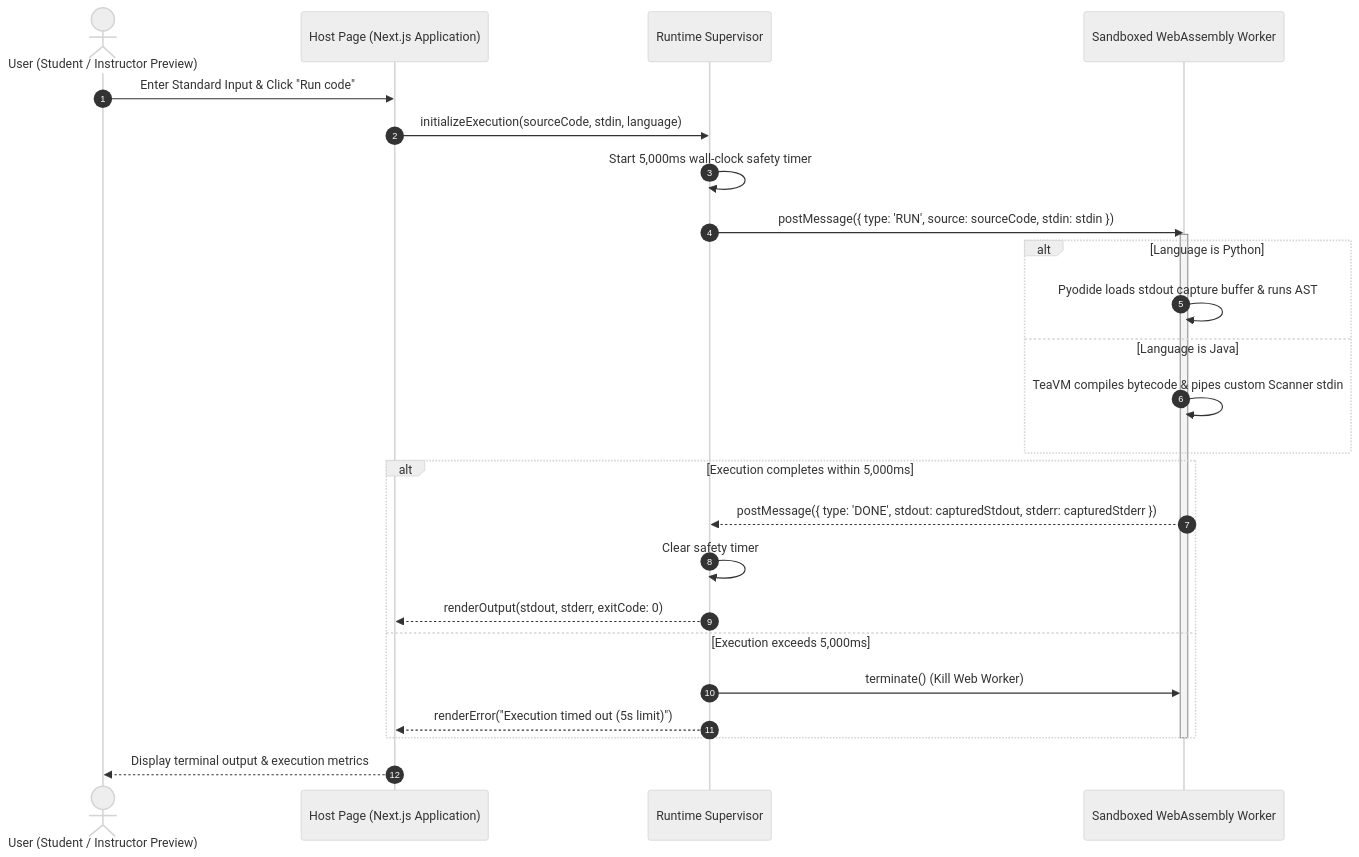
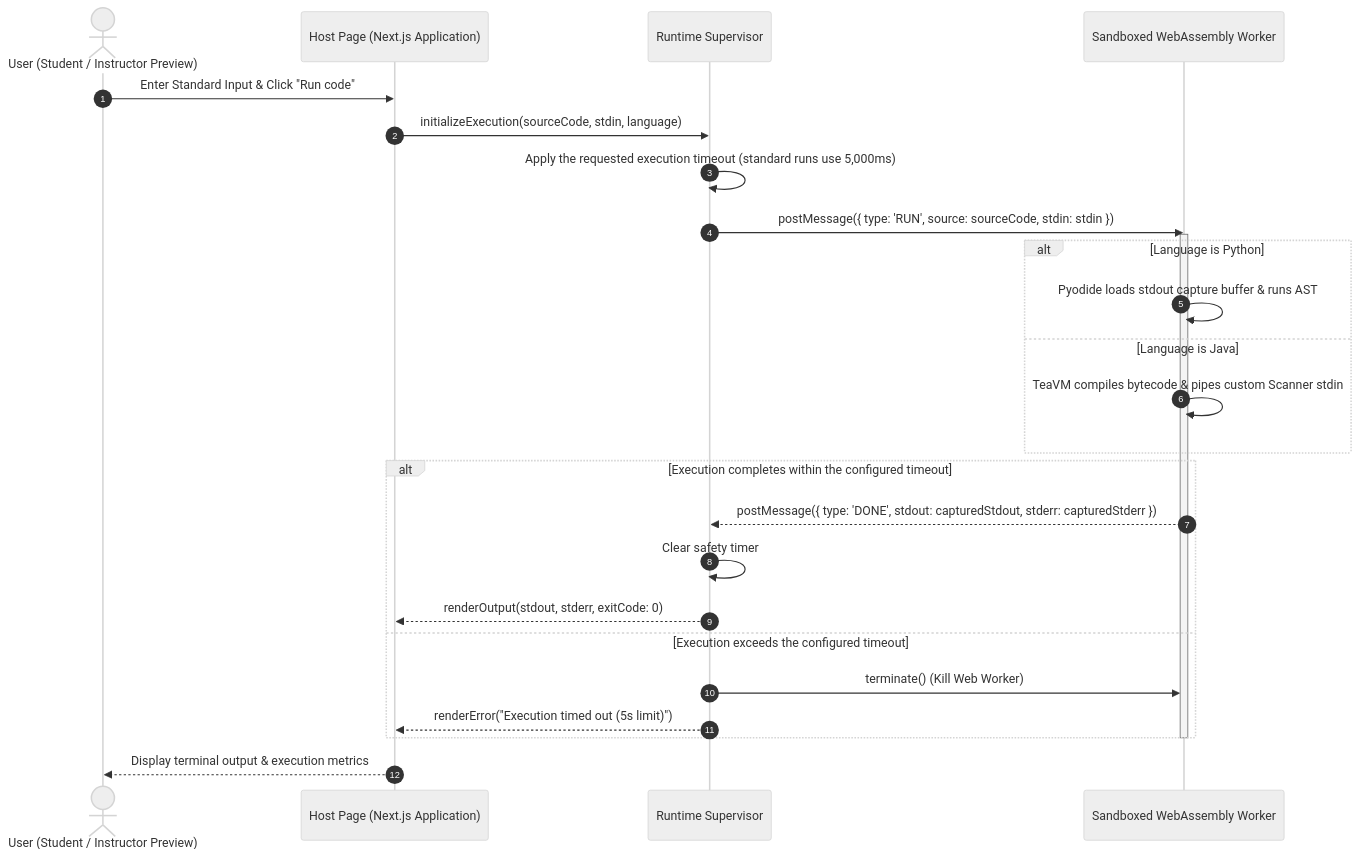
Before and after one commit to CS3227-2610-MP4-CodeLeet/CS3227-2610-MP4: the third of 7 diagrams in docs/DeveloperGuide.md, drawn with Mermaid (neutral theme). The commit also changed other lines of this file and 3 other files, not shown here.

````diff
--- a/docs/DeveloperGuide.md
+++ b/docs/DeveloperGuide.md
@@ -177,32 +168,32 @@
 ```mermaid
 sequenceDiagram
     autonumber
     actor User as User (Student / Instructor Preview)
     participant HostUI as Host Page (Next.js Application)
     participant Supervisor as Runtime Supervisor
     participant Worker as Sandboxed WebAssembly Worker
 
     User->>HostUI: Enter Standard Input & Click "Run code"
     HostUI->>Supervisor: initializeExecution(sourceCode, stdin, language)
-    Supervisor->>Supervisor: Start 5,000ms wall-clock safety timer
+    Supervisor->>Supervisor: Apply the requested execution timeout (standard runs use 5,000ms)
     Supervisor->>Worker: postMessage({ type: 'RUN', source: sourceCode, stdin: stdin })
     
     activate Worker
     alt Language is Python
         Worker->>Worker: Pyodide loads stdout capture buffer & runs AST
     else Language is Java
         Worker->>Worker: TeaVM compiles bytecode & pipes custom Scanner stdin
     end
     
-    alt Execution completes within 5,000ms
+    alt Execution completes within the configured timeout
         Worker-->>Supervisor: postMessage({ type: 'DONE', stdout: capturedStdout, stderr: capturedStderr })
         Supervisor->>Supervisor: Clear safety timer
         Supervisor-->>HostUI: renderOutput(stdout, stderr, exitCode: 0)
-    else Execution exceeds 5,000ms
+    else Execution exceeds the configured timeout
         Supervisor->>Worker: terminate() (Kill Web Worker)
         Supervisor-->>HostUI: renderError("Execution timed out (5s limit)")
     end
     deactivate Worker
     
     HostUI-->>User: Display terminal output & execution metrics
 ```
````
